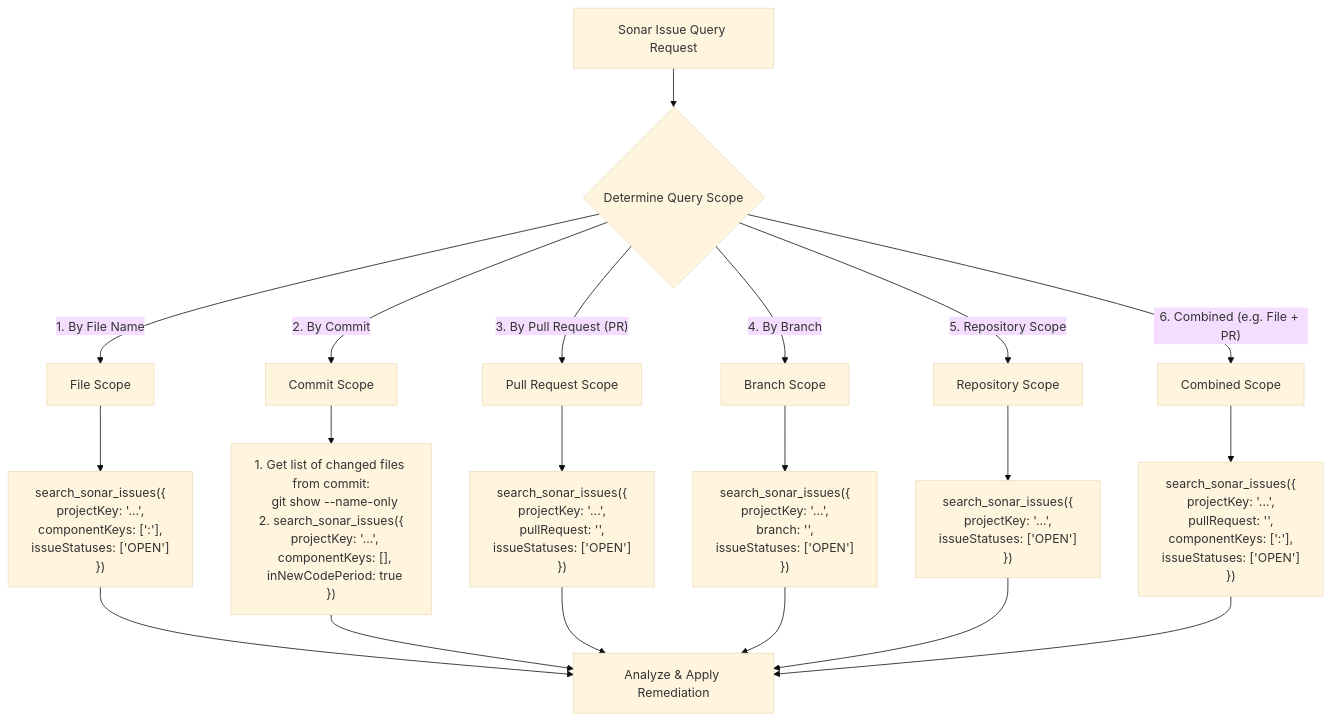
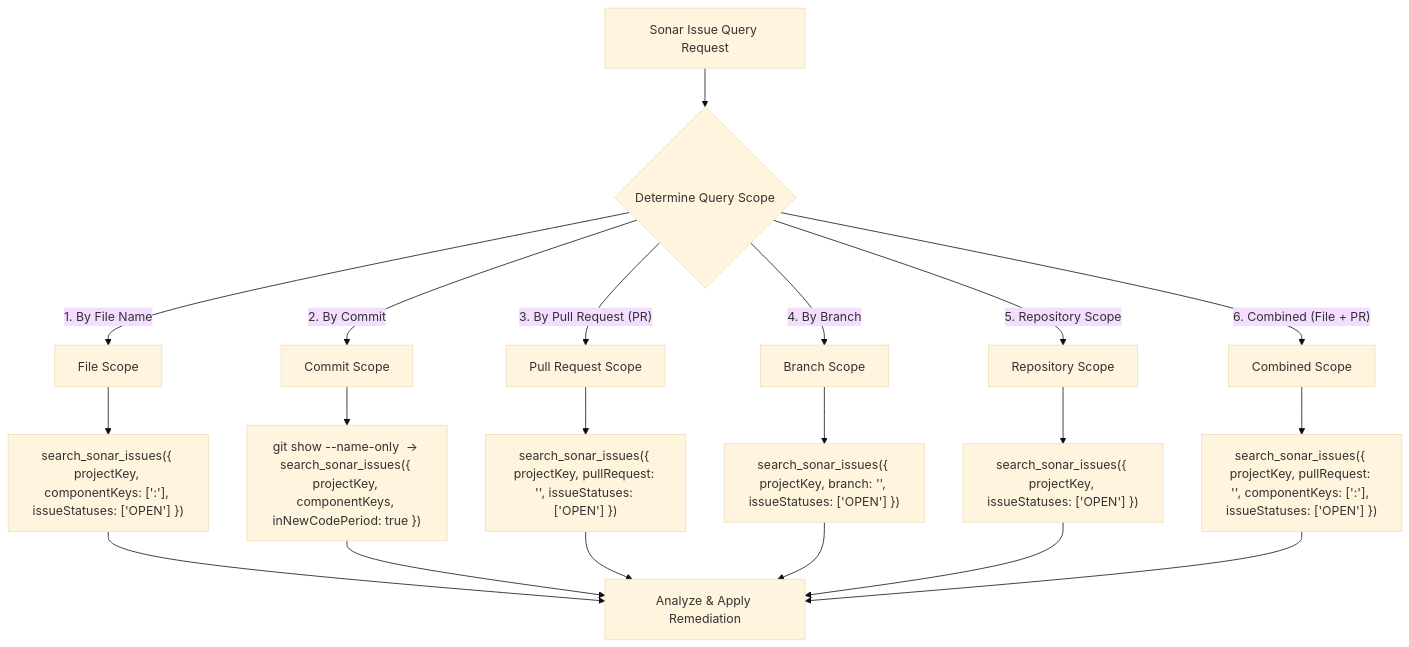
One commit to loerei/YumeShelf changed the first of 3 diagrams in .agents/skills/sonar-remediation/SKILL.md. Above: the diagram before and after it, drawn with Mermaid (base theme). The commit also changed other lines of this file and 11 other files, not shown here.

````diff
--- a/.agents/skills/sonar-remediation/SKILL.md
+++ b/.agents/skills/sonar-remediation/SKILL.md
@@ -14,36 +14,22 @@
 ```mermaid
 flowchart TD
     Start["Sonar Issue Query Request"] --> DetermineScope{"Determine Query Scope"}
-
-    %% Branch 1: File Scope
     DetermineScope -->|"1. By File Name"| FileScope["File Scope"]
-    FileScope --> FileCall["search_sonar_issues({<br>  projectKey: '...',<br>  componentKeys: ['<projectKey>:<filePath>'],<br>  issueStatuses: ['OPEN']<br>})"]
-
-    %% Branch 2: Commit Scope
+    FileScope --> FileCall["search_sonar_issues({ projectKey, componentKeys: ['<projectKey>:<filePath>'], issueStatuses: ['OPEN'] })"]
     DetermineScope -->|"2. By Commit"| CommitScope["Commit Scope"]
-    CommitScope --> CommitCall["1. Get list of changed files from commit:<br>   git show --name-only <commit_hash><br>2. search_sonar_issues({<br>  projectKey: '...',<br>  componentKeys: [<changed_files>],<br>  inNewCodePeriod: true<br>})"]
-
-    %% Branch 3: PR Scope
+    CommitScope --> CommitCall["git show --name-only <commit_hash> -> search_sonar_issues({ projectKey, componentKeys, inNewCodePeriod: true })"]
     DetermineScope -->|"3. By Pull Request (PR)"| PRScope["Pull Request Scope"]
-    PRScope --> PRCall["search_sonar_issues({<br>  projectKey: '...',<br>  pullRequest: '<pr_id>',<br>  issueStatuses: ['OPEN']<br>})"]
-
-    %% Branch 4: Branch Scope
+    PRScope --> PRCall["search_sonar_issues({ projectKey, pullRequest: '<pr_id>', issueStatuses: ['OPEN'] })"]
     DetermineScope -->|"4. By Branch"| BranchScope["Branch Scope"]
-    BranchScope --> BranchCall["search_sonar_issues({<br>  projectKey: '...',<br>  branch: '<branch_name>',<br>  issueStatuses: ['OPEN']<br>})"]
-
-    %% Branch 5: Repo Scope
+    BranchScope --> BranchCall["search_sonar_issues({ projectKey, branch: '<branch_name>', issueStatuses: ['OPEN'] })"]
     DetermineScope -->|"5. Repository Scope"| RepoScope["Repository Scope"]
-    RepoScope --> RepoCall["search_sonar_issues({<br>  projectKey: '...',<br>  issueStatuses: ['OPEN']<br>})"]
-
-    %% Branch 6: Combined Scope
-    DetermineScope -->|"6. Combined (e.g. File + PR)"| CombinedScope["Combined Scope"]
-    CombinedScope --> CombinedCall["search_sonar_issues({<br>  projectKey: '...',<br>  pullRequest: '<pr_id>',<br>  componentKeys: ['<projectKey>:<filePath>'],<br>  issueStatuses: ['OPEN']<br>})"]
-
-    %% Output Node
+    RepoScope --> RepoCall["search_sonar_issues({ projectKey, issueStatuses: ['OPEN'] })"]
+    DetermineScope -->|"6. Combined (File + PR)"| CombinedScope["Combined Scope"]
+    CombinedScope --> CombinedCall["search_sonar_issues({ projectKey, pullRequest: '<pr_id>', componentKeys: ['<projectKey>:<filePath>'], issueStatuses: ['OPEN'] })"]
     FileCall --> ProcessIssues["Analyze & Apply Remediation"]
     CommitCall --> ProcessIssues
     PRCall --> ProcessIssues
     BranchCall --> ProcessIssues
     RepoCall --> ProcessIssues
     CombinedCall --> ProcessIssues
 ```
````
